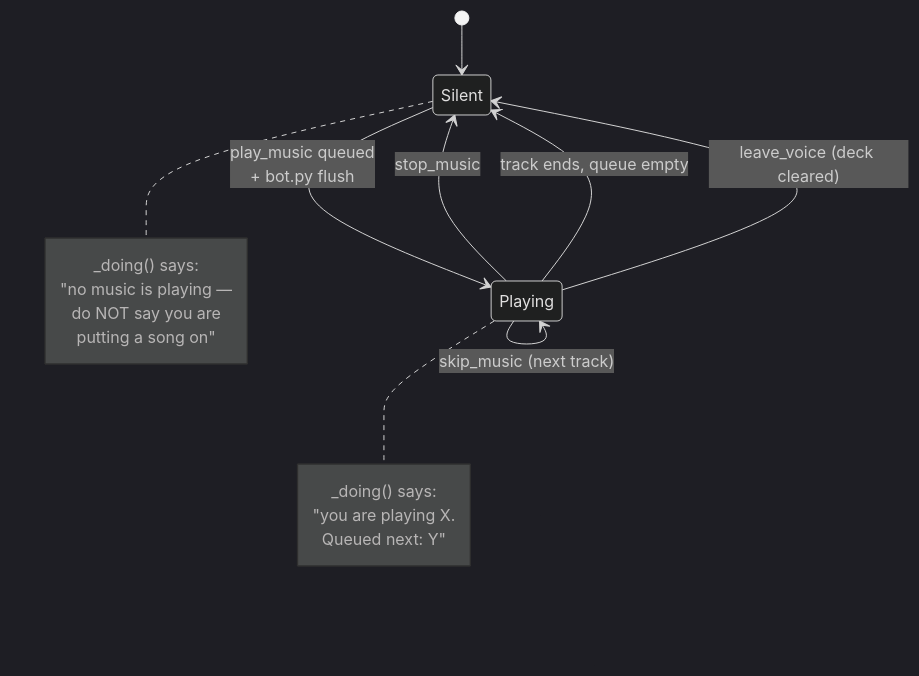
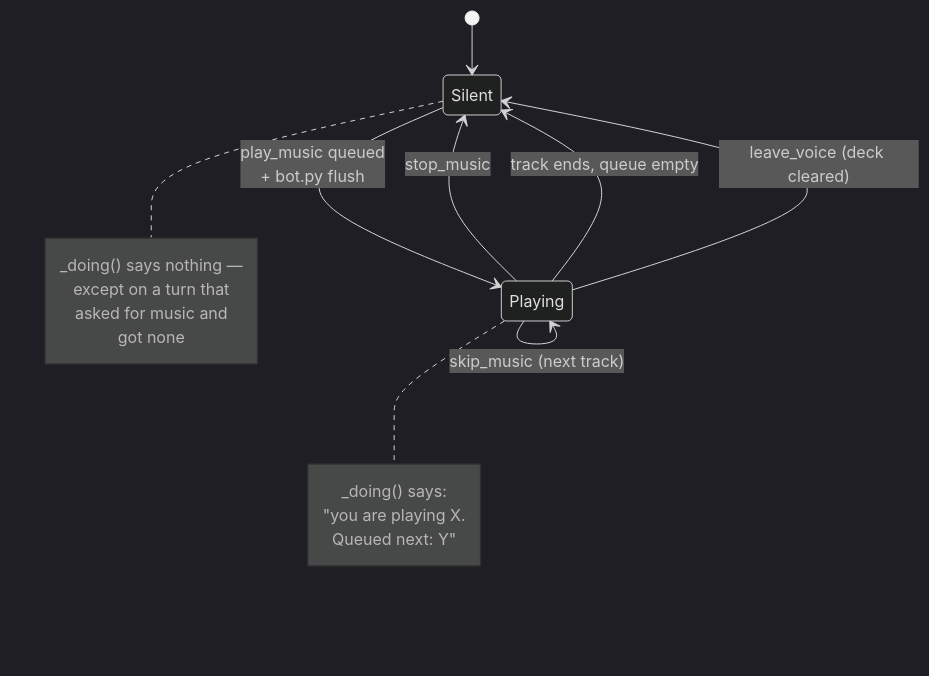
The diagram in docs/concepts/action-state.md (krichpapath/Tiwa-Utility-Chatbot), drawn with Mermaid (dark theme) before and after one commit. The commit also changed other lines of this file and 2 other files, not shown here.

First line of the commit message:
_doing() says nothing when nothing is happening

````diff
--- a/docs/concepts/action-state.md
+++ b/docs/concepts/action-state.md
@@ -22,21 +25,21 @@
 ```mermaid
 stateDiagram-v2
     [*] --> Silent
     Silent --> Playing : play_music queued<br/>+ bot.py flush
     Playing --> Playing : queue_music (appends)
     Playing --> Playing : skip_music (next track)
     Playing --> Silent : stop_music
     Playing --> Silent : track ends, queue empty
     Playing --> Silent : leave_voice (deck cleared)
     note right of Silent
-        _doing() says:
-        "no music is playing —
-        do NOT say you are
-        putting a song on"
+        _doing() says nothing —
+        except on a turn that
+        asked for music and
+        got none
     end note
     note right of Playing
         _doing() says:
         "you are playing X.
         Queued next: Y"
     end note
 ```
````
